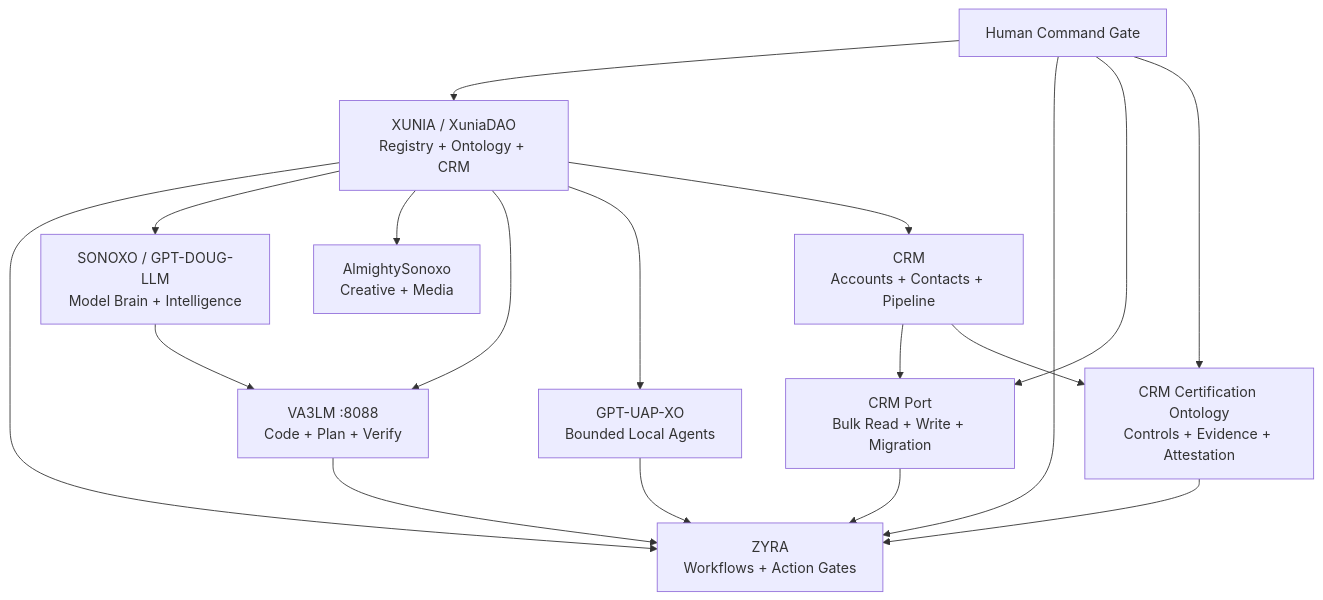
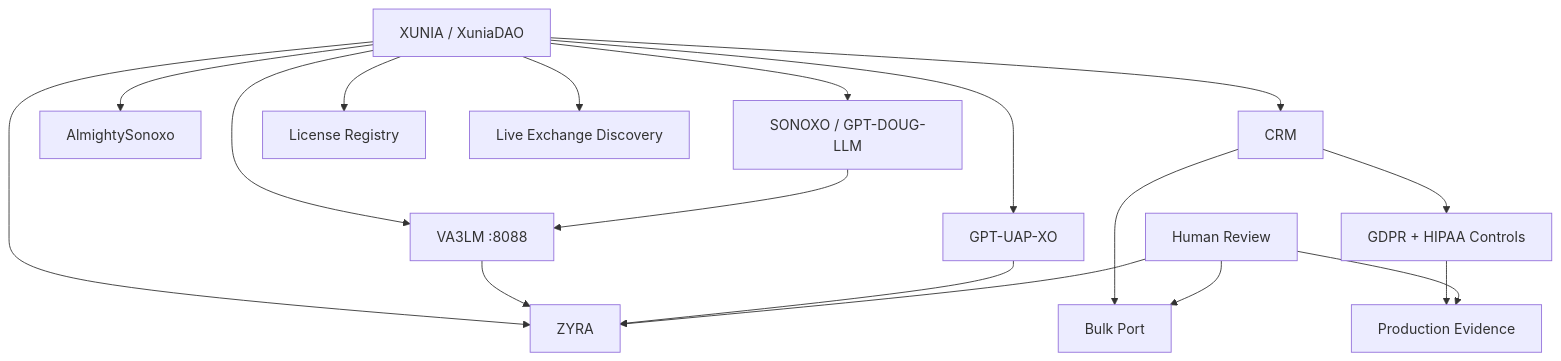
One commit to sonoxo/xuniadao changed the diagram in README.md. Above: the diagram before and after it, drawn with Mermaid. The commit also changed other lines of this file, not shown here.

Commit message:
Refresh README for licensing, exchanges, and compliance evidence

````diff
--- a/README.md
+++ b/README.md
@@ -32,31 +26,34 @@
 ```mermaid
 flowchart TD
-    X[XUNIA / XuniaDAO\nRegistry + Ontology + CRM]
-    Z[ZYRA\nWorkflows + Action Gates]
-    S[SONOXO / GPT-DOUG-LLM\nModel Brain + Intelligence]
-    A[AlmightySonoxo\nCreative + Media]
-    V[VA3LM :8088\nCode + Plan + Verify]
-    U[GPT-UAP-XO\nBounded Local Agents]
-    C[CRM\nAccounts + Contacts + Pipeline]
-    P[CRM Port\nBulk Read + Write + Migration]
-    CERT[CRM Certification Ontology\nControls + Evidence + Attestation]
-    H[Human Command Gate]
+    X[XUNIA / XuniaDAO]
+    Z[ZYRA]
+    S[SONOXO / GPT-DOUG-LLM]
+    A[AlmightySonoxo]
+    V[VA3LM :8088]
+    U[GPT-UAP-XO]
+    C[CRM]
+    P[Bulk Port]
+    G[GDPR + HIPAA Controls]
+    E[Production Evidence]
+    L[License Registry]
+    M[Live Exchange Discovery]
+    H[Human Review]
 
     X --> Z
     X --> S
     X --> A
     X --> V
     X --> U
     X --> C
     C --> P
-    C --> CERT
-    P --> Z
-    CERT --> Z
+    C --> G
+    G --> E
+    X --> L
+    X --> M
     S --> V
     V --> Z
     U --> Z
-    H --> X
+    H --> P
+    H --> E
     H --> Z
-    H --> P
-    H --> CERT
 ```
````
